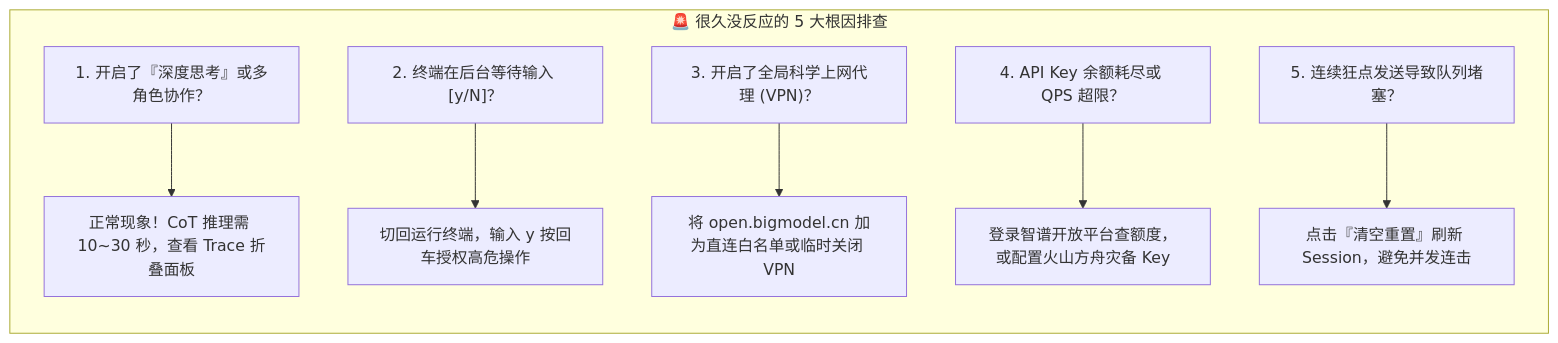
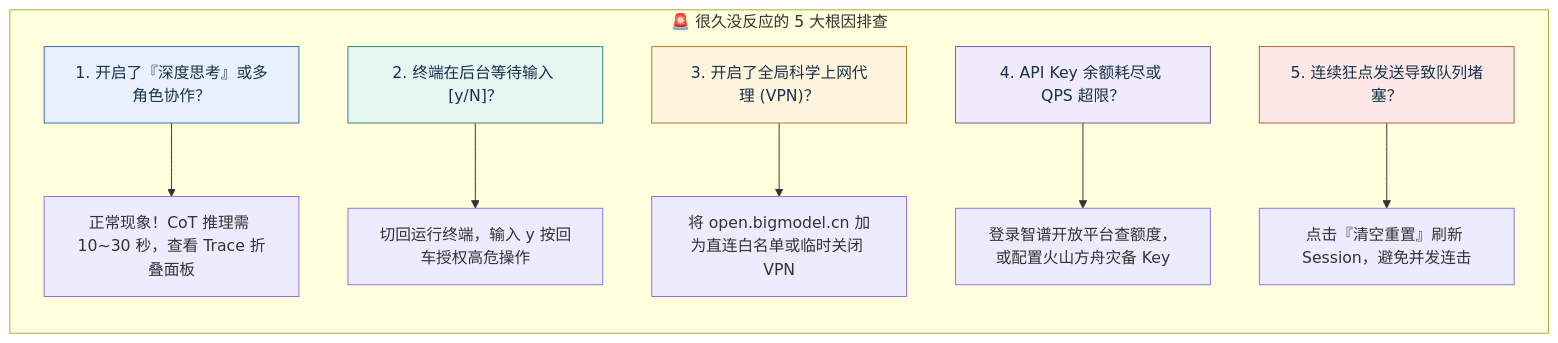
One commit to buffer121328/vibe-coding-and-agents changed the diagram in 08_手搓Agent/img/diagrams/14-diagram-02.mmd. Above: the diagram before and after it, drawn with Mermaid. The commit also changed 105 other files, not shown here.

```diff
--- a/08_手搓Agent/img/diagrams/14-diagram-02.mmd
+++ b/08_手搓Agent/img/diagrams/14-diagram-02.mmd
@@ -1,9 +1,16 @@
 flowchart LR
 
     subgraph HangingDiagnosis ["🚨 很久没反应的 5 大根因排查"]
         H1["1. 开启了『深度思考』或多角色协作？"] --> F1["正常现象！CoT 推理需 10~30 秒，查看 Trace 折叠面板"]
         H2["2. 终端在后台等待输入 [y/N]？"] --> F2["切回运行终端，输入 y 按回车授权高危操作"]
         H3["3. 开启了全局科学上网代理 (VPN)？"] --> F3["将 open.bigmodel.cn 加为直连白名单或临时关闭 VPN"]
         H4["4. API Key 余额耗尽或 QPS 超限？"] --> F4["登录智谱开放平台查额度，或配置火山方舟灾备 Key"]
         H5["5. 连续狂点发送导致队列堵塞？"] --> F5["点击『清空重置』刷新 Session，避免并发连击"]
     end
+
+%% Academic palette: restrained blue, teal, gold, violet, and coral accents.
+style H1 fill:#E8F1FB,stroke:#3A6EA5,color:#17324D
+style H2 fill:#E7F5F1,stroke:#2B8A78,color:#17324D
+style H3 fill:#FFF4DC,stroke:#B47A1F,color:#17324D
+style H4 fill:#F0EBFA,stroke:#7357A6,color:#17324D
+style H5 fill:#FCE9E6,stroke:#B65C4A,color:#17324D
```
